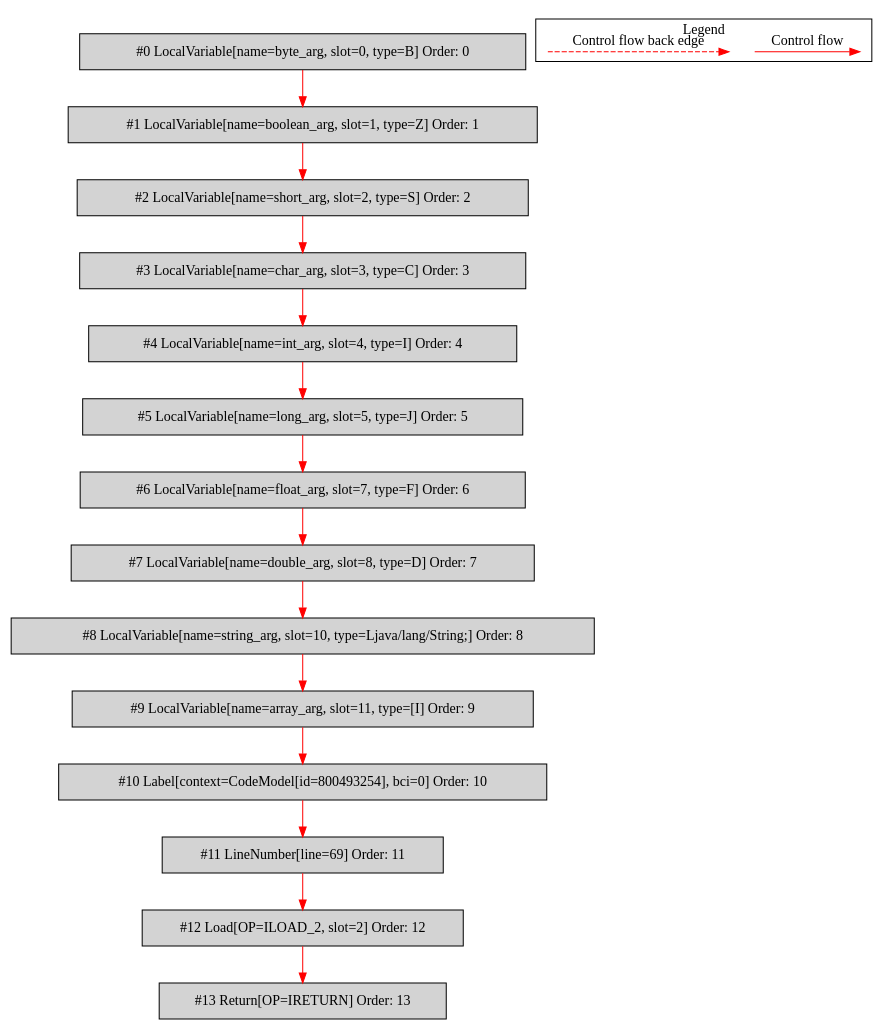
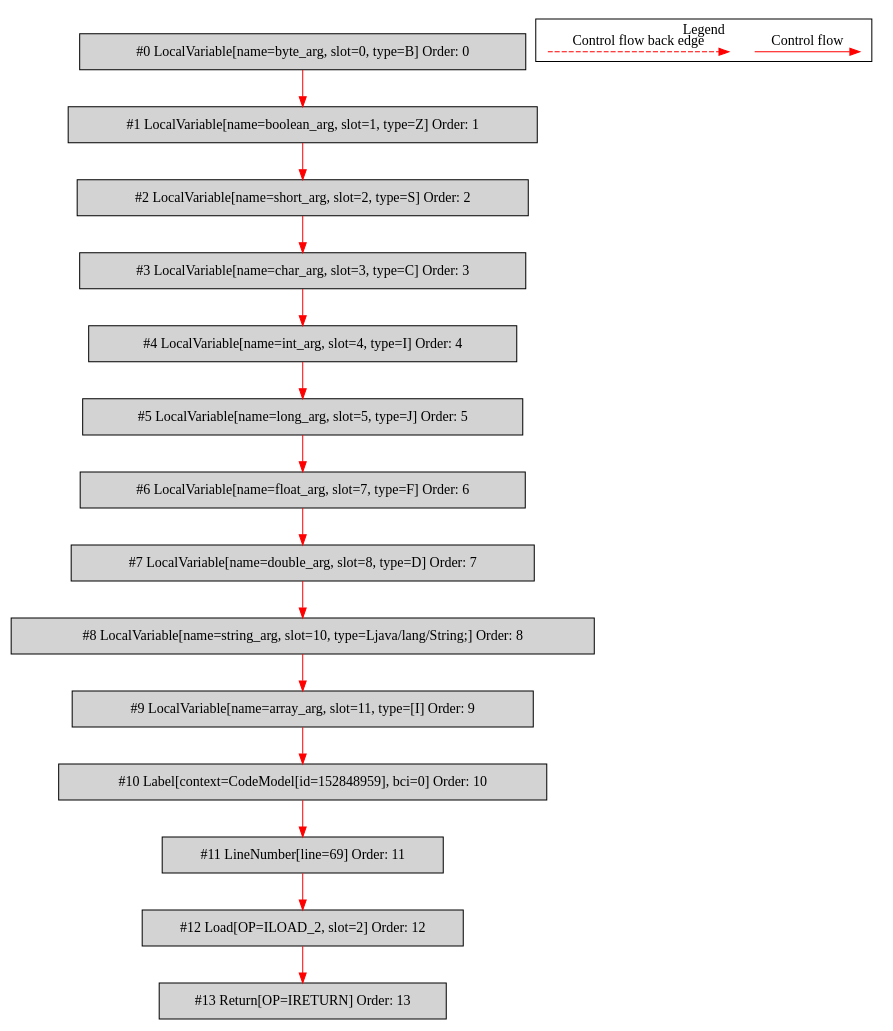
Before and after one commit to mirkosertic/MetaIR: the diagram in de.mirkosertic.metair.ir.examples.MethodInvokeTest/simple_method_return_short/bytecodecfg.dot, drawn with Graphviz. The commit also changed 462 other files, not shown here.

```diff
--- a/de.mirkosertic.metair.ir.examples.MethodInvokeTest/simple_method_return_short/bytecodecfg.dot
+++ b/de.mirkosertic.metair.ir.examples.MethodInvokeTest/simple_method_return_short/bytecodecfg.dot
@@ -1,44 +1,44 @@
 digraph {
  ordering="in";
  node0[label="#0 LocalVariable[name=byte_arg, slot=0, type=B] Order: 0", shape=box, fillcolor=lightgrey, style=filled];
  node1[label="#1 LocalVariable[name=boolean_arg, slot=1, type=Z] Order: 1", shape=box, fillcolor=lightgrey, style=filled];
  node2[label="#2 LocalVariable[name=short_arg, slot=2, type=S] Order: 2", shape=box, fillcolor=lightgrey, style=filled];
  node3[label="#3 LocalVariable[name=char_arg, slot=3, type=C] Order: 3", shape=box, fillcolor=lightgrey, style=filled];
  node4[label="#4 LocalVariable[name=int_arg, slot=4, type=I] Order: 4", shape=box, fillcolor=lightgrey, style=filled];
  node5[label="#5 LocalVariable[name=long_arg, slot=5, type=J] Order: 5", shape=box, fillcolor=lightgrey, style=filled];
  node6[label="#6 LocalVariable[name=float_arg, slot=7, type=F] Order: 6", shape=box, fillcolor=lightgrey, style=filled];
  node7[label="#7 LocalVariable[name=double_arg, slot=8, type=D] Order: 7", shape=box, fillcolor=lightgrey, style=filled];
  node8[label="#8 LocalVariable[name=string_arg, slot=10, type=Ljava/lang/String;] Order: 8", shape=box, fillcolor=lightgrey, style=filled];
  node9[label="#9 LocalVariable[name=array_arg, slot=11, type=[I] Order: 9", shape=box, fillcolor=lightgrey, style=filled];
- node10[label="#10 Label[context=CodeModel[id=800493254], bci=0] Order: 10", shape=box, fillcolor=lightgrey, style=filled];
+ node10[label="#10 Label[context=CodeModel[id=152848959], bci=0] Order: 10", shape=box, fillcolor=lightgrey, style=filled];
  node11[label="#11 LineNumber[line=69] Order: 11", shape=box, fillcolor=lightgrey, style=filled];
  node12[label="#12 Load[OP=ILOAD_2, slot=2] Order: 12", shape=box, fillcolor=lightgrey, style=filled];
  node13[label="#13 Return[OP=IRETURN] Order: 13", shape=box, fillcolor=lightgrey, style=filled];
  node0 -> node1[color=red];
  node1 -> node2[color=red];
  node2 -> node3[color=red];
  node3 -> node4[color=red];
  node4 -> node5[color=red];
  node5 -> node6[color=red];
  node6 -> node7[color=red];
  node7 -> node8[color=red];
  node8 -> node9[color=red];
  node9 -> node10[color=red];
  node10 -> node11[color=red];
  node11 -> node12[color=red];
  node12 -> node13[color=red];
  subgraph cluster_000 {
   label = "Legend";
   node [shape=point]
   {
    rank=same;
    c0 [style = invis];
    c1 [style = invis];
    c2 [style = invis];
    c3 [style = invis];
   }
   c0 -> c1 [label="Control flow", style=solid, color=red]
   c2 -> c3 [label="Control flow back edge", style=dashed, color=red]
  }
 
 }
```
